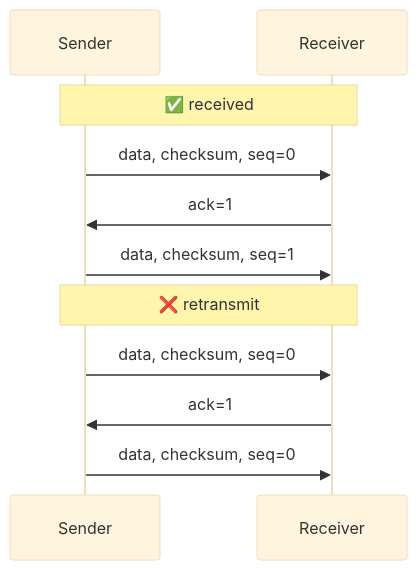
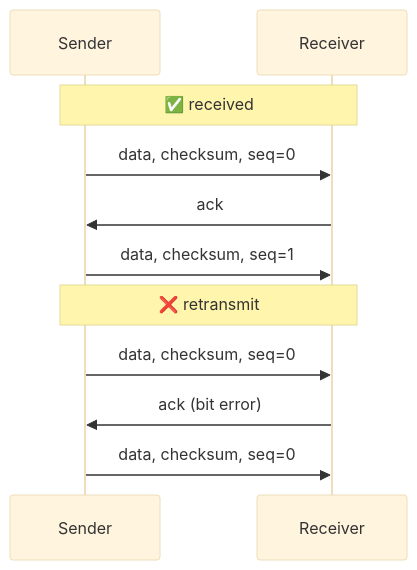
The fourth of 7 diagrams in network/tcp.md (wdyjwdy/notes), drawn with Mermaid (base theme) before and after one commit. The commit also changed other lines of this file, not shown here.

````diff
--- a/network/tcp.md
+++ b/network/tcp.md
@@ -109,15 +105,15 @@
 ```mermaid
 sequenceDiagram
   participant S as Sender
   participant R as Receiver
 
   Note over S, R: ✅ received
   S ->> R: data, checksum, seq=0
-  R ->> S: ack=1
+  R ->> S: ack
   S ->> R: data, checksum, seq=1
 
   Note over S, R: ❌ retransmit
   S ->> R: data, checksum, seq=0
-  R ->> S: ack=1
+  R ->> S: ack (bit error)
   S ->> R: data, checksum, seq=0
 ```
````
